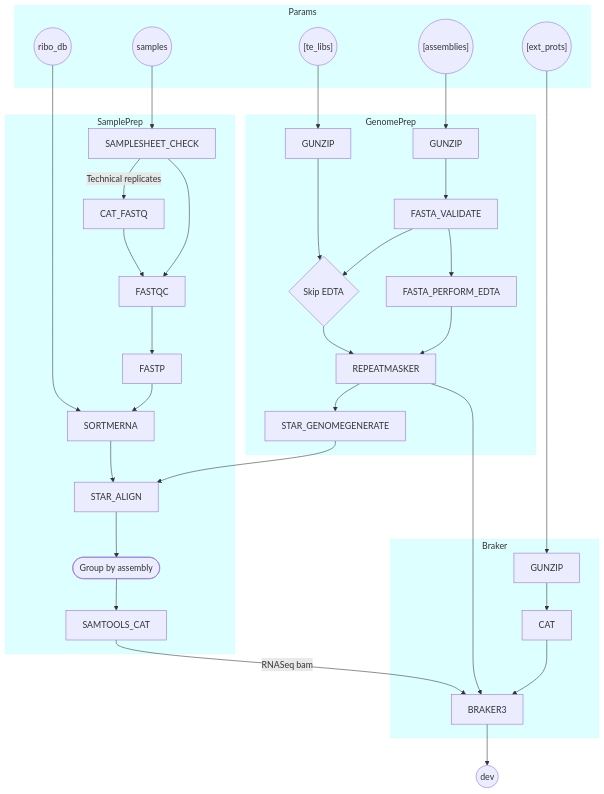
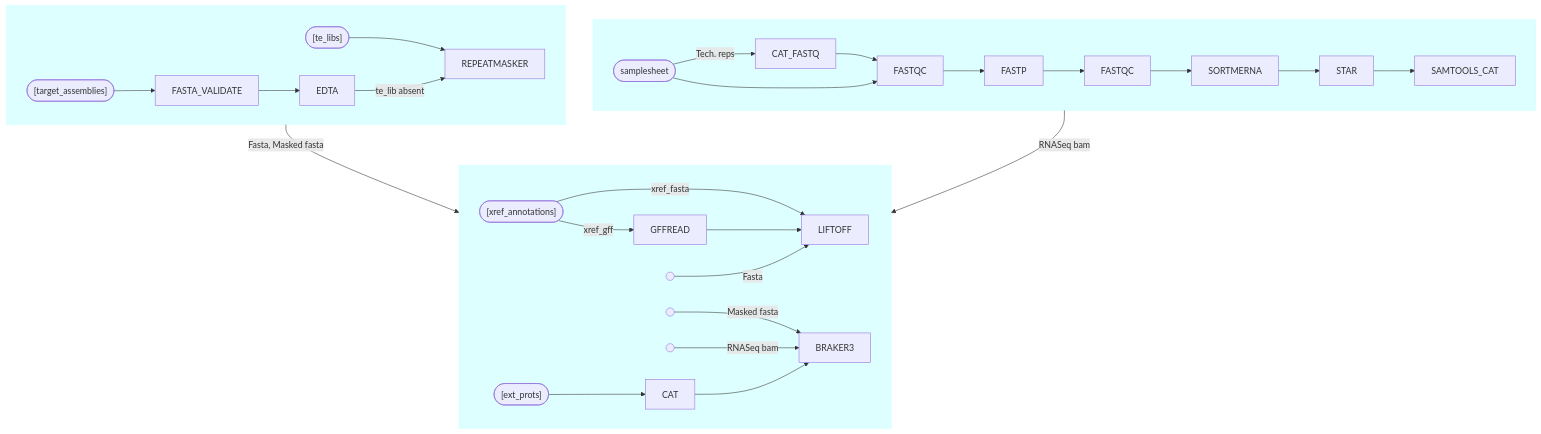
Before and after one commit to rosscrowhurst/genepal: the diagram in README.md, drawn with Mermaid.

Commit message:
Updated flowchart

````diff
--- a/README.md
+++ b/README.md
@@ -6,87 +6,67 @@
 ```mermaid
 flowchart TD
-    ribo_db((ribo_db))
-    SAMPLESHEET((samples))
-    TE_LIBRARIES(("[te_libs]"))
-    TARGET_ASSEMBLIES(("[assemblies]"))
-    EXTERNAL_PROTEIN_SEQS(("[ext_prots]"))
-    
-    GUNZIP_PROT[GUNZIP]
-    GUNZIP_TE[GUNZIP]
-    SKIP_EDTA{Skip EDTA}
-    pend((dev))
-    
-    TE_LIBRARIES --> GUNZIP_TE
-    GUNZIP_TE --> SKIP_EDTA
-    
-    TARGET_ASSEMBLIES --> GUNZIP
-    GUNZIP --> FASTA_VALIDATE
-    FASTA_VALIDATE --> FASTA_PERFORM_EDTA
-    FASTA_VALIDATE --> SKIP_EDTA
-    
-    SKIP_EDTA --> REPEATMASKER
-    FASTA_PERFORM_EDTA --> REPEATMASKER
-    REPEATMASKER --> STAR_GENOMEGENERATE
-
-    SAMPLESHEET --> SAMPLESHEET_CHECK
-    SAMPLESHEET_CHECK --> |Technical replicates|CAT_FASTQ
-    CAT_FASTQ --> FASTQC
-    SAMPLESHEET_CHECK --> FASTQC
-    FASTQC --> FASTP
-    
-    ribo_db --> SORTMERNA
-    FASTP --> SORTMERNA
-    SORTMERNA --> STAR_ALIGN
-    STAR_GENOMEGENERATE --> STAR_ALIGN
-    STAR_ALIGN --> GROUP_BY_ASSEMBLY([Group by assembly])
-    GROUP_BY_ASSEMBLY --> SAMTOOLS_CAT
-    SAMTOOLS_CAT --> |RNASeq bam|BRAKER3
-
-    REPEATMASKER --> BRAKER3
-
-    EXTERNAL_PROTEIN_SEQS --> GUNZIP_PROT
-    GUNZIP_PROT --> CAT
-    CAT --> BRAKER3
-    
-    BRAKER3 --> pend
-
-    subgraph Params
+    subgraph PrepareAssembly [ ]
     TARGET_ASSEMBLIES
     TE_LIBRARIES
+    FASTA_VALIDATE
+    EDTA
+    REPEATMASKER
+    end
+    
+    TARGET_ASSEMBLIES(["[target_assemblies]"])
+    TE_LIBRARIES(["[te_libs]"])
+    TARGET_ASSEMBLIES --> FASTA_VALIDATE
+    FASTA_VALIDATE --> EDTA
+    TE_LIBRARIES --> REPEATMASKER
+    EDTA --> |te_lib absent|REPEATMASKER
+
+    subgraph Samplesheet [ ]
     SAMPLESHEET
-    ribo_db
-    EXTERNAL_PROTEIN_SEQS
-    end
-
-    subgraph GenomePrep
-    GUNZIP
-    FASTA_VALIDATE
-    GUNZIP_TE
-    FASTA_PERFORM_EDTA
-    SKIP_EDTA
-    REPEATMASKER
-    STAR_GENOMEGENERATE
-    end
-
-    subgraph Braker
-    CAT
-    GUNZIP_PROT
-    BRAKER3
-    end
-
-    subgraph SamplePrep
-    SAMPLESHEET_CHECK
     CAT_FASTQ
     FASTQC
     FASTP
+    FASTP_FASTQC
     SORTMERNA
-    STAR_ALIGN
-    GROUP_BY_ASSEMBLY
+    STAR
     SAMTOOLS_CAT
     end
+    
+    SAMPLESHEET([samplesheet])
+    SAMPLESHEET --> |Tech. reps|CAT_FASTQ
+    CAT_FASTQ --> FASTQC
+    SAMPLESHEET --> FASTQC
+    FASTQC --> FASTP
+    FASTP --> FASTP_FASTQC[FASTQC]
+    FASTP_FASTQC --> SORTMERNA
+    SORTMERNA --> STAR
+    STAR --> SAMTOOLS_CAT
 
-    style Params fill:#00FFFF21,stroke:#00FFFF21
-    style GenomePrep fill:#00FFFF21,stroke:#00FFFF21
-    style SamplePrep fill:#00FFFF21,stroke:#00FFFF21
-    style Braker fill:#00FFFF21,stroke:#00FFFF21
+    subgraph Annotation [ ]
+    anno_fasta(( ))
+    anno_masked_fasta(( ))
+    anno_bam(( ))
+    EXTERNAL_PROTEIN_SEQS(["[ext_prots]"])
+    XREF_ANNOTATIONS(["[xref_annotations]"])
+    CAT
+    BRAKER3
+    GFFREAD
+    LIFTOFF
+    end
+
+    PrepareAssembly --> |Fasta, Masked fasta|Annotation
+    Samplesheet --> |RNASeq bam|Annotation
+
+    XREF_ANNOTATIONS --> |xref_gff|GFFREAD
+    XREF_ANNOTATIONS --> |xref_fasta|LIFTOFF
+    GFFREAD --> LIFTOFF
+    anno_fasta --> |Fasta|LIFTOFF
+    
+    EXTERNAL_PROTEIN_SEQS --> CAT
+    anno_masked_fasta --> |Masked fasta|BRAKER3
+    anno_bam --> |RNASeq bam|BRAKER3
+    CAT --> BRAKER3
+
+    style Samplesheet fill:#00FFFF21,stroke:#00FFFF21
+    style PrepareAssembly fill:#00FFFF21,stroke:#00FFFF21
+    style Annotation fill:#00FFFF21,stroke:#00FFFF21
 ```
````
